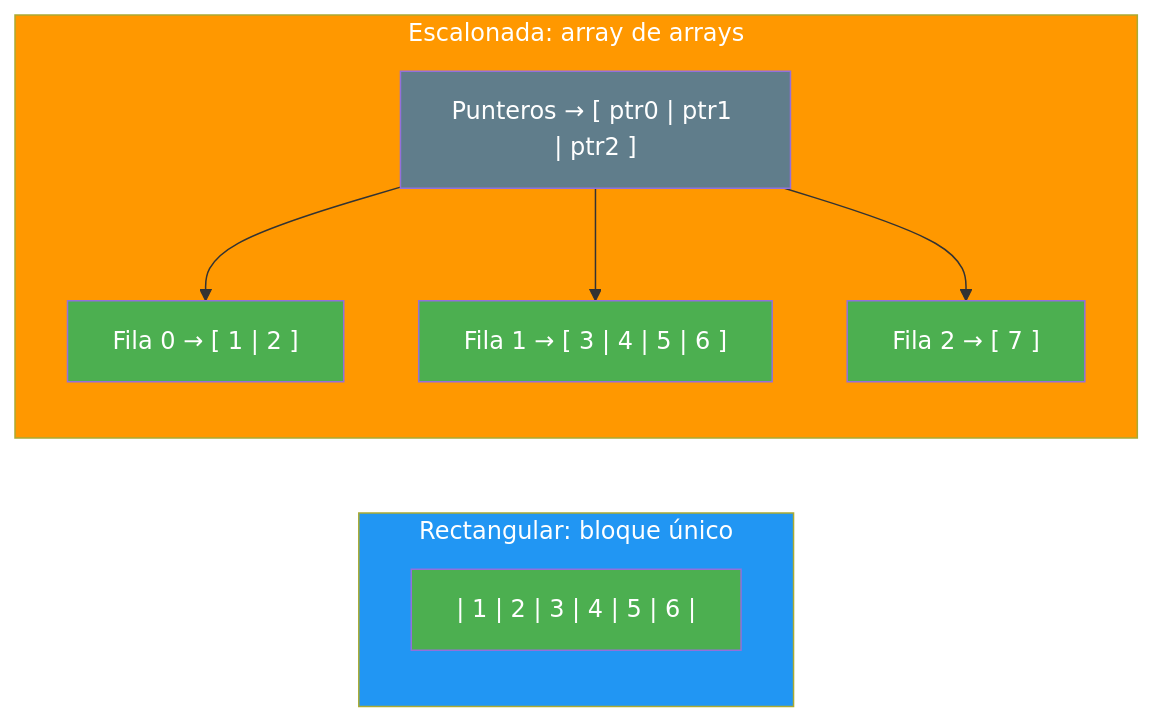
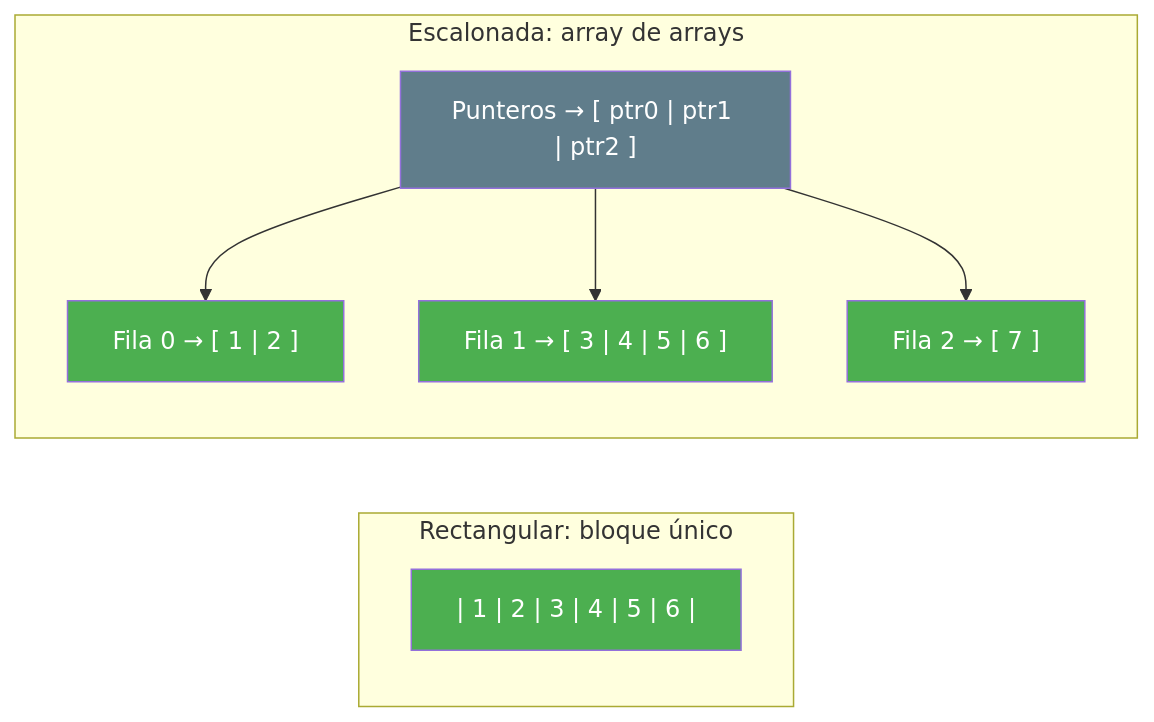
One commit to joseluisgs/Programacion-03-2026-2027 changed the first of 4 diagrams in 03-arrays-multidimensionales.md. Above: the diagram before and after it, drawn with Mermaid. The commit also changed other lines of this file and 2 other files, not shown here.

First line of the commit message:
docs: elimina los style de los subgraf de los diagramas Mermaid

````diff
--- a/03-arrays-multidimensionales.md
+++ b/03-arrays-multidimensionales.md
@@ -112,22 +112,20 @@
 ```mermaid
 graph LR
     subgraph RECT ["Rectangular: bloque único"]
         R["| 1 | 2 | 3 | 4 | 5 | 6 |"]
     end
     subgraph JAGGED ["Escalonada: array de arrays"]
         J0["Punteros → [ ptr0 | ptr1 | ptr2 ]"]
         J1["Fila 0 → [ 1 | 2 ]"]
         J2["Fila 1 → [ 3 | 4 | 5 | 6 ]"]
         J3["Fila 2 → [ 7 ]"]
         J0 --> J1
         J0 --> J2
         J0 --> J3
     end
-    style RECT fill:#2196F3,color:#fff
-    style JAGGED fill:#FF9800,color:#fff
     style R fill:#4CAF50,color:#fff
     style J0 fill:#607D8B,color:#fff
     style J1 fill:#4CAF50,color:#fff
     style J2 fill:#4CAF50,color:#fff
     style J3 fill:#4CAF50,color:#fff
 ```
````
